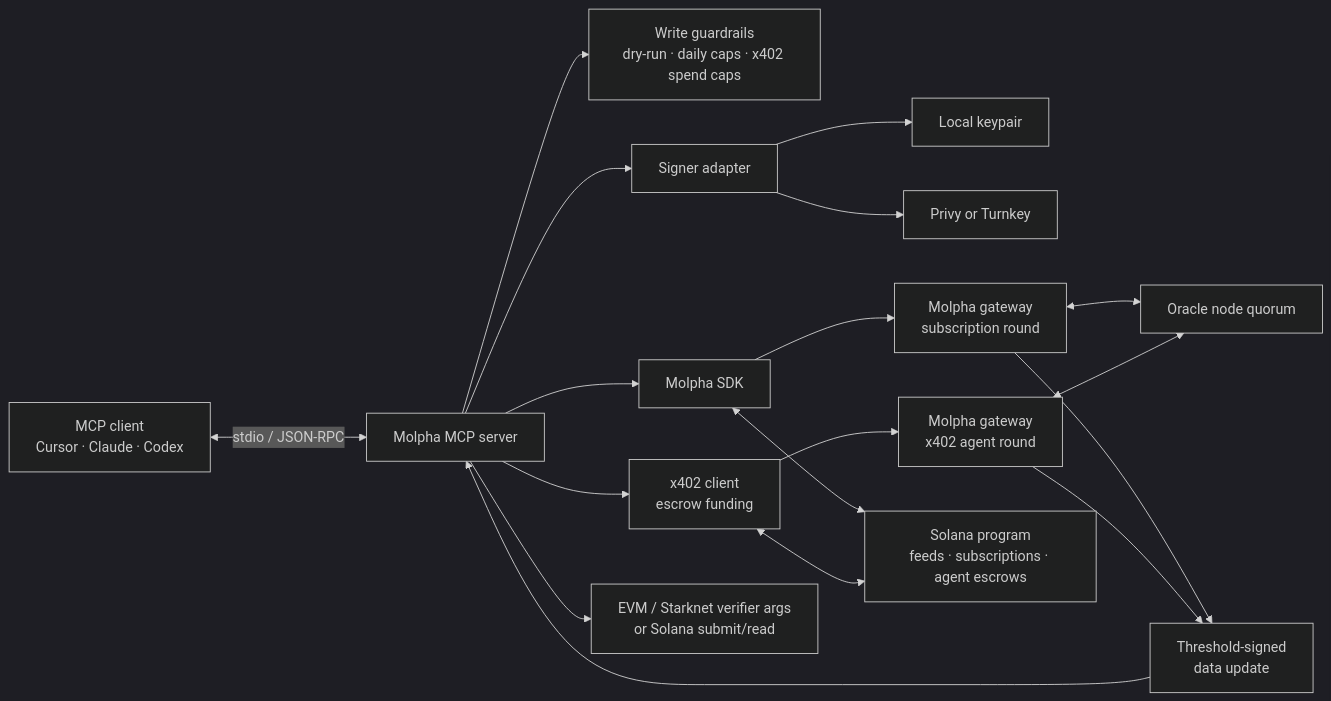
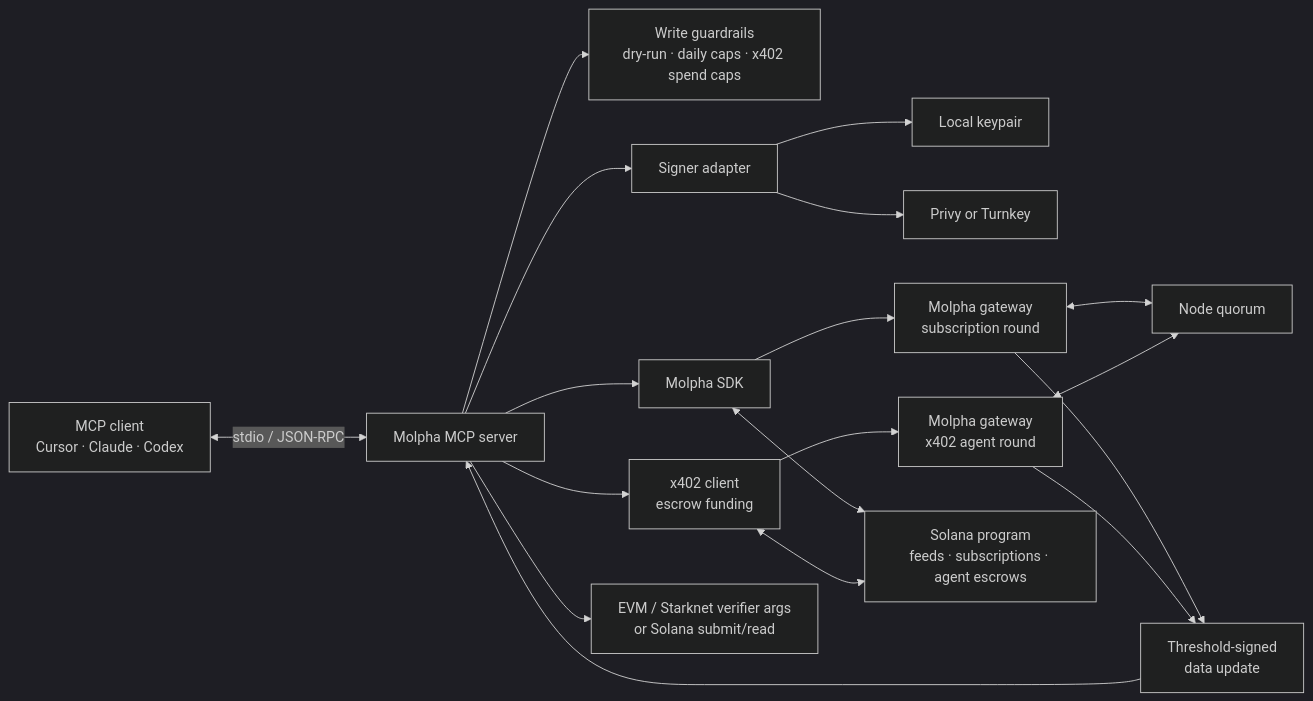
One commit to molpha/docs changed the diagram in mcp/molpha-mcp.mdx. Above: the diagram before and after it, drawn with Mermaid (dark theme). The commit also changed other lines of this file and 10 other files, not shown here.

````diff
--- a/mcp/molpha-mcp.mdx
+++ b/mcp/molpha-mcp.mdx
@@ -48,20 +48,20 @@
 ```mermaid
 flowchart LR
     Client["MCP client<br/>Cursor · Claude · Codex"] <-->|"stdio / JSON-RPC"| Server["Molpha MCP server"]
     Server --> Guardrails["Write guardrails<br/>dry-run · daily caps · x402 spend caps"]
     Server --> Signer["Signer adapter"]
     Signer --> Local["Local keypair"]
     Signer --> Hosted["Privy or Turnkey"]
     Server --> SDK["Molpha SDK"]
     Server --> X402["x402 client<br/>escrow funding"]
     SDK --> Gateway["Molpha gateway<br/>subscription round"]
     X402 --> Gateway2["Molpha gateway<br/>x402 agent round"]
-    Gateway <--> Nodes["Oracle node quorum"]
+    Gateway <--> Nodes["Node quorum"]
     Gateway2 <--> Nodes
     SDK <--> Solana["Solana program<br/>feeds · subscriptions · agent escrows"]
     X402 <--> Solana
     Gateway --> Artifact["Threshold-signed<br/>data update"]
     Gateway2 --> Artifact
     Artifact --> Server
     Server --> Verify["EVM / Starknet verifier args<br/>or Solana submit/read"]
 ```
````
